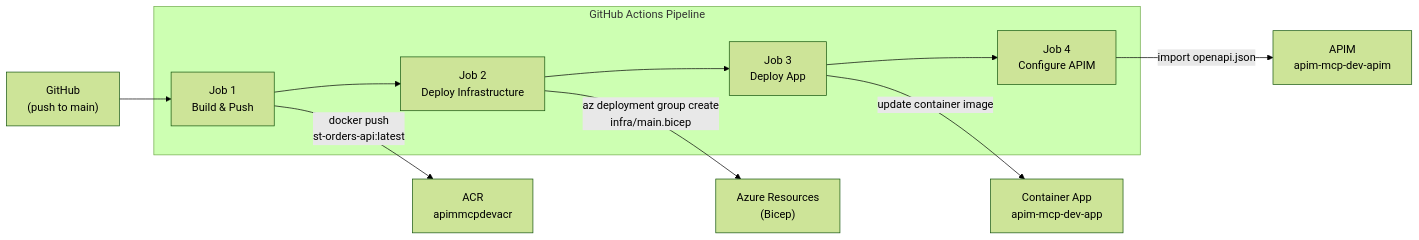
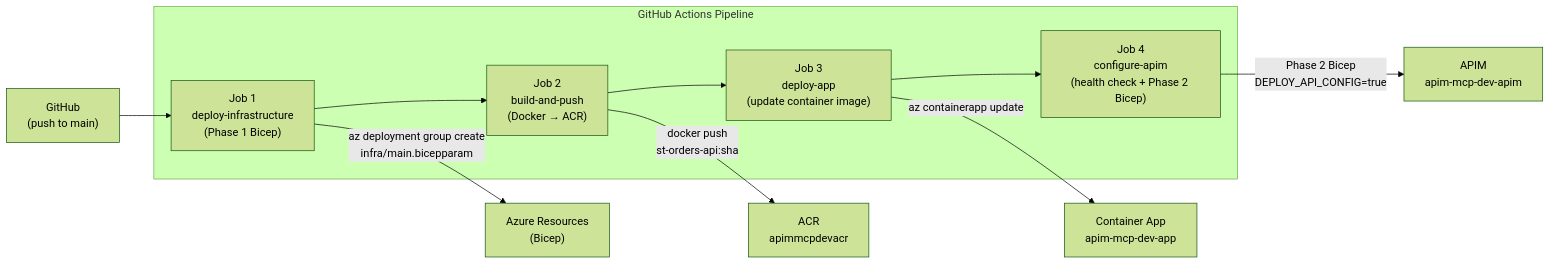
One commit to ozgurkarahan/azure-apim-mcp-server changed the seventh of 7 diagrams in docs/architecture.md. Above: the diagram before and after it, drawn with Mermaid (forest theme). The commit also changed other lines of this file and 2 other files, not shown here.

First line of the commit message:
Update all documentation for azd up as primary deployment method

````diff
--- a/docs/architecture.md
+++ b/docs/architecture.md
@@ -197,25 +239,25 @@
 ```mermaid
 graph LR
     GH["GitHub<br/>(push to main)"]
 
     subgraph "GitHub Actions Pipeline"
-        BUILD["Job 1<br/>Build & Push"]
-        INFRA["Job 2<br/>Deploy Infrastructure"]
-        DEPLOY["Job 3<br/>Deploy App"]
-        CONFIG["Job 4<br/>Configure APIM"]
+        INFRA["Job 1<br/>deploy-infrastructure<br/>(Phase 1 Bicep)"]
+        BUILD["Job 2<br/>build-and-push<br/>(Docker → ACR)"]
+        DEPLOY["Job 3<br/>deploy-app<br/>(update container image)"]
+        CONFIG["Job 4<br/>configure-apim<br/>(health check + Phase 2 Bicep)"]
     end
 
     ACR["ACR<br/>apimmcpdevacr"]
     AZURE["Azure Resources<br/>(Bicep)"]
     APP["Container App<br/>apim-mcp-dev-app"]
     APIM["APIM<br/>apim-mcp-dev-apim"]
 
-    GH --> BUILD
-    BUILD -->|"docker push<br/>st-orders-api:latest"| ACR
-    BUILD --> INFRA
-    INFRA -->|"az deployment group create<br/>infra/main.bicep"| AZURE
-    INFRA --> DEPLOY
-    DEPLOY -->|"update container image"| APP
+    GH --> INFRA
+    INFRA -->|"az deployment group create<br/>infra/main.bicepparam"| AZURE
+    INFRA --> BUILD
+    BUILD -->|"docker push<br/>st-orders-api:sha"| ACR
+    BUILD --> DEPLOY
+    DEPLOY -->|"az containerapp update"| APP
     DEPLOY --> CONFIG
-    CONFIG -->|"import openapi.json"| APIM
+    CONFIG -->|"Phase 2 Bicep<br/>DEPLOY_API_CONFIG=true"| APIM
 ```
````
